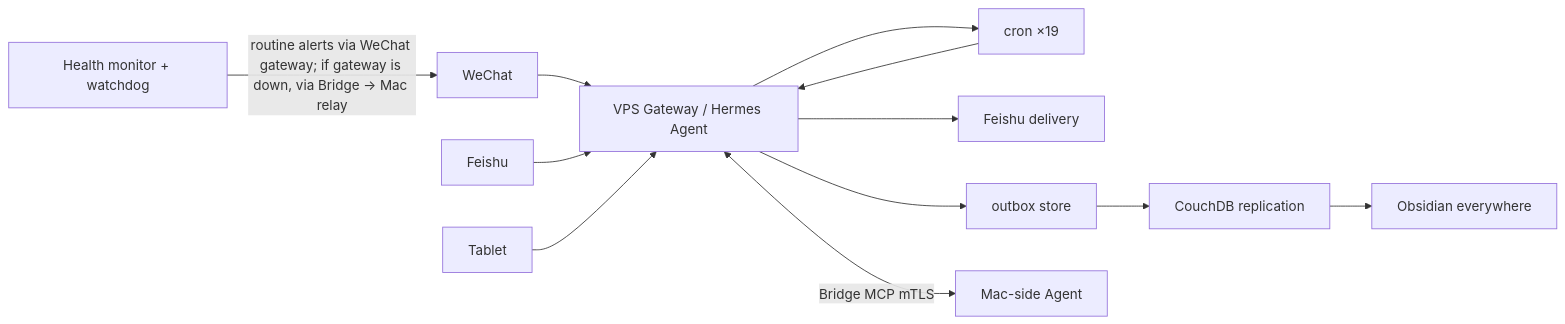
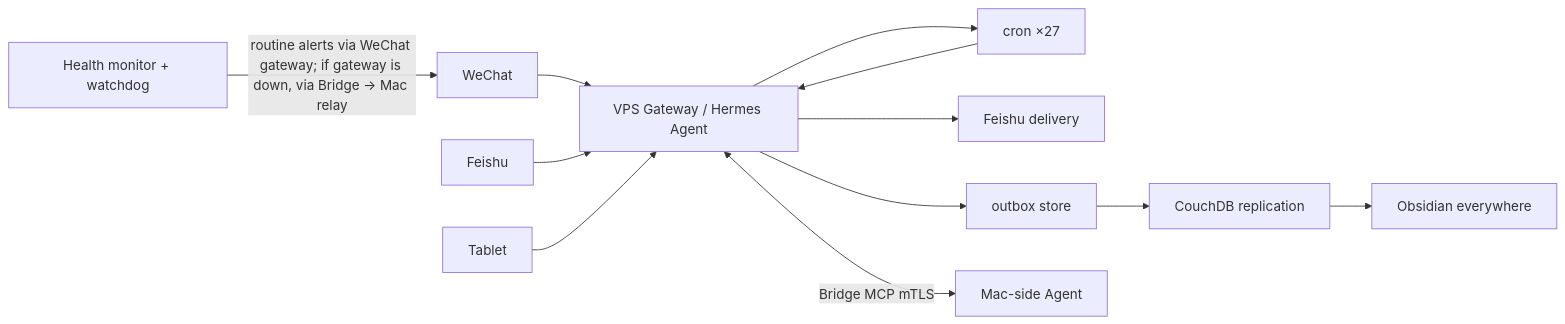
Before and after one commit to wangq32801-dev/assistant-os: the diagram in README.md, drawn with Mermaid. The commit also changed other lines of this file and 3 other files, not shown here.

````diff
--- a/README.md
+++ b/README.md
@@ -31,12 +31,12 @@
 ```mermaid
 flowchart LR
     WX[WeChat] --> GW
     FS[Feishu] --> GW
     PAD[Tablet] --> GW
-    GW[VPS Gateway / Hermes Agent] --> CRON[cron ×19]
+    GW[VPS Gateway / Hermes Agent] --> CRON[cron ×27]
     GW --> FSOUT[Feishu delivery]
     GW --> OBS[outbox store] --> COUCH[CouchDB replication] --> OBSEND[Obsidian everywhere]
     CRON --> GW
     GW <-->|Bridge MCP mTLS| MAC[Mac-side Agent]
     MON[Health monitor + watchdog] -->|routine alerts via WeChat gateway; if gateway is down, via Bridge → Mac relay| WX
 ```
````
